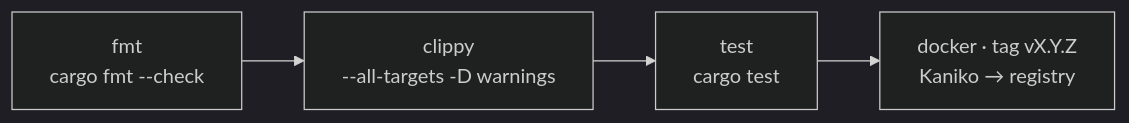
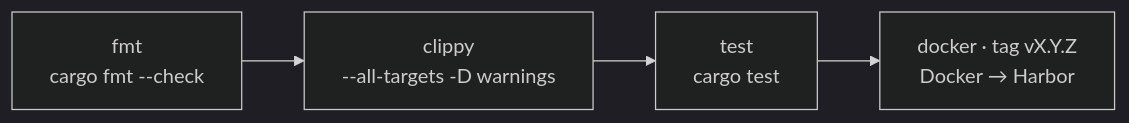
The diagram in README.md (snodra/snodra-server), drawn with Mermaid (dark theme) before and after one commit. The commit also changed other lines of this file, not shown here.

Commit message:
docs: the pipeline publishes images to Harbor

````diff
--- a/README.md
+++ b/README.md
@@ -1088,4 +1088,4 @@
 ```mermaid
 flowchart LR
-    fmt["fmt<br/>cargo fmt --check"] --> clippy["clippy<br/>--all-targets -D warnings"] --> test["test<br/>cargo test"] --> docker["docker · tag vX.Y.Z<br/>Kaniko → registry"]
+    fmt["fmt<br/>cargo fmt --check"] --> clippy["clippy<br/>--all-targets -D warnings"] --> test["test<br/>cargo test"] --> docker["docker · tag vX.Y.Z<br/>Docker → Harbor"]
 ```
````
